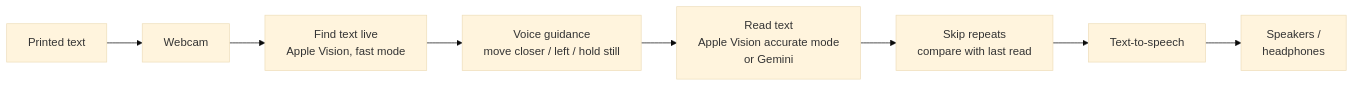
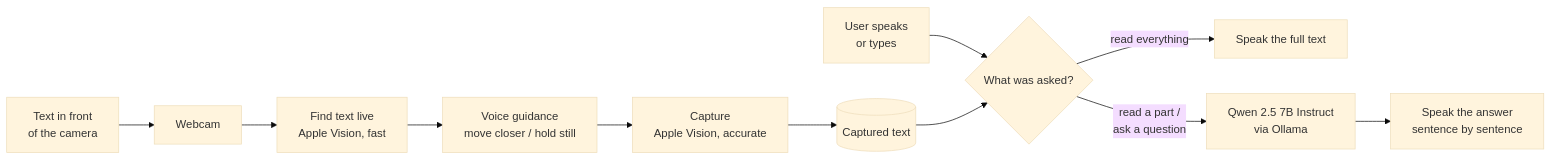
Before and after one commit to neerajprao/Helping_Eyes-main: the diagram in README.md, drawn with Mermaid (base theme). The commit also changed other lines of this file and 5 other files, not shown here.

````diff
--- a/README.md
+++ b/README.md
@@ -64,10 +67,13 @@
 ```mermaid
 flowchart LR
-    A[Printed text] --> B[Webcam]
-    B --> C[Find text live<br/>Apple Vision, fast mode]
-    C --> D[Voice guidance<br/>move closer / left / hold still]
-    D --> E[Read text<br/>Apple Vision accurate mode<br/>or Gemini]
-    E --> F[Skip repeats<br/>compare with last read]
-    F --> G[Text-to-speech]
-    G --> H[Speakers /<br/>headphones]
+    A[Text in front<br/>of the camera] --> B[Webcam]
+    B --> C[Find text live<br/>Apple Vision, fast]
+    C --> D[Voice guidance<br/>move closer / hold still]
+    D --> E[Capture<br/>Apple Vision, accurate]
+    E --> F[(Captured text)]
+    U[User speaks<br/>or types] --> R{What was asked?}
+    F --> R
+    R -- read everything --> S[Speak the full text]
+    R -- read a part /<br/>ask a question --> Q[Qwen 2.5 7B Instruct<br/>via Ollama]
+    Q --> T[Speak the answer<br/>sentence by sentence]
 ```
````
